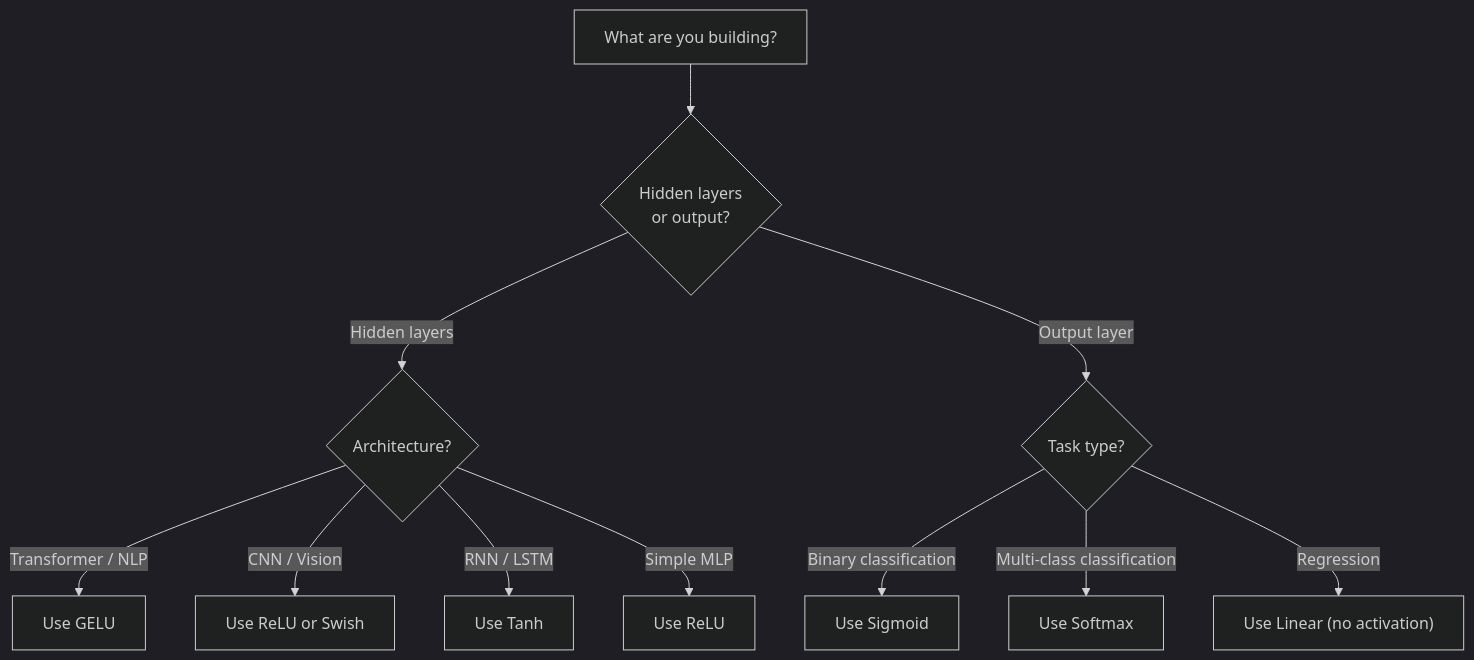
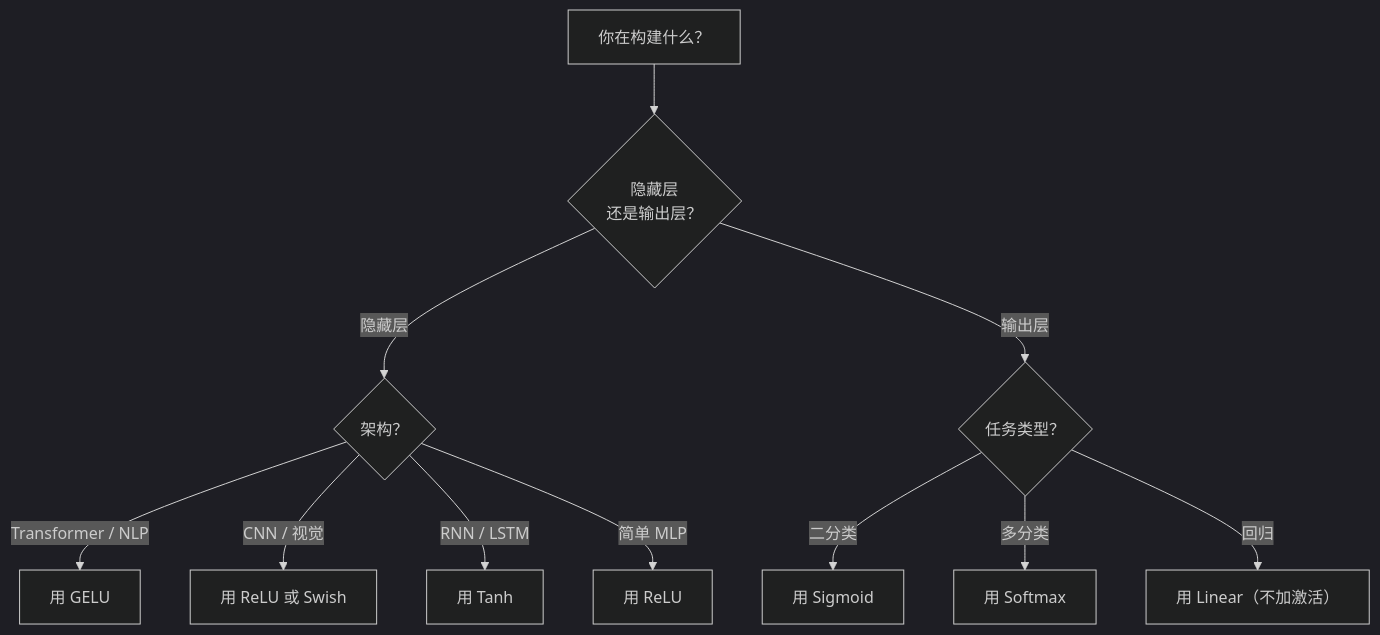
One commit to JerryC8080/ai-engineering-from-scratch-zh changed the third of 3 diagrams in phases/03-deep-learning-core/04-activation-functions/docs/zh.md. Above: the diagram before and after it, drawn with Mermaid (dark theme). The commit also changed other lines of this file and 156 other files, not shown here.

First line of the commit message:
i18n(zh): translate mermaid diagram labels in 157 lesson zh.md

````diff
--- a/phases/03-deep-learning-core/04-activation-functions/docs/zh.md
+++ b/phases/03-deep-learning-core/04-activation-functions/docs/zh.md
@@ -204,16 +204,16 @@
 ```mermaid
 flowchart TD
-    Start["What are you building?"] --> Hidden{"Hidden layers<br/>or output?"}
+    Start["你在构建什么？"] --> Hidden{"隐藏层<br/>还是输出层？"}
 
-    Hidden -->|"Hidden layers"| Arch{"Architecture?"}
-    Hidden -->|"Output layer"| Task{"Task type?"}
+    Hidden -->|"隐藏层"| Arch{"架构？"}
+    Hidden -->|"输出层"| Task{"任务类型？"}
 
-    Arch -->|"Transformer / NLP"| GELU["Use GELU"]
-    Arch -->|"CNN / Vision"| ReLU["Use ReLU or Swish"]
-    Arch -->|"RNN / LSTM"| Tanh["Use Tanh"]
-    Arch -->|"Simple MLP"| ReLU2["Use ReLU"]
+    Arch -->|"Transformer / NLP"| GELU["用 GELU"]
+    Arch -->|"CNN / 视觉"| ReLU["用 ReLU 或 Swish"]
+    Arch -->|"RNN / LSTM"| Tanh["用 Tanh"]
+    Arch -->|"简单 MLP"| ReLU2["用 ReLU"]
 
-    Task -->|"Binary classification"| Sigmoid["Use Sigmoid"]
-    Task -->|"Multi-class classification"| Softmax["Use Softmax"]
-    Task -->|"Regression"| Linear["Use Linear (no activation)"]
+    Task -->|"二分类"| Sigmoid["用 Sigmoid"]
+    Task -->|"多分类"| Softmax["用 Softmax"]
+    Task -->|"回归"| Linear["用 Linear（不加激活）"]
 ```
````
